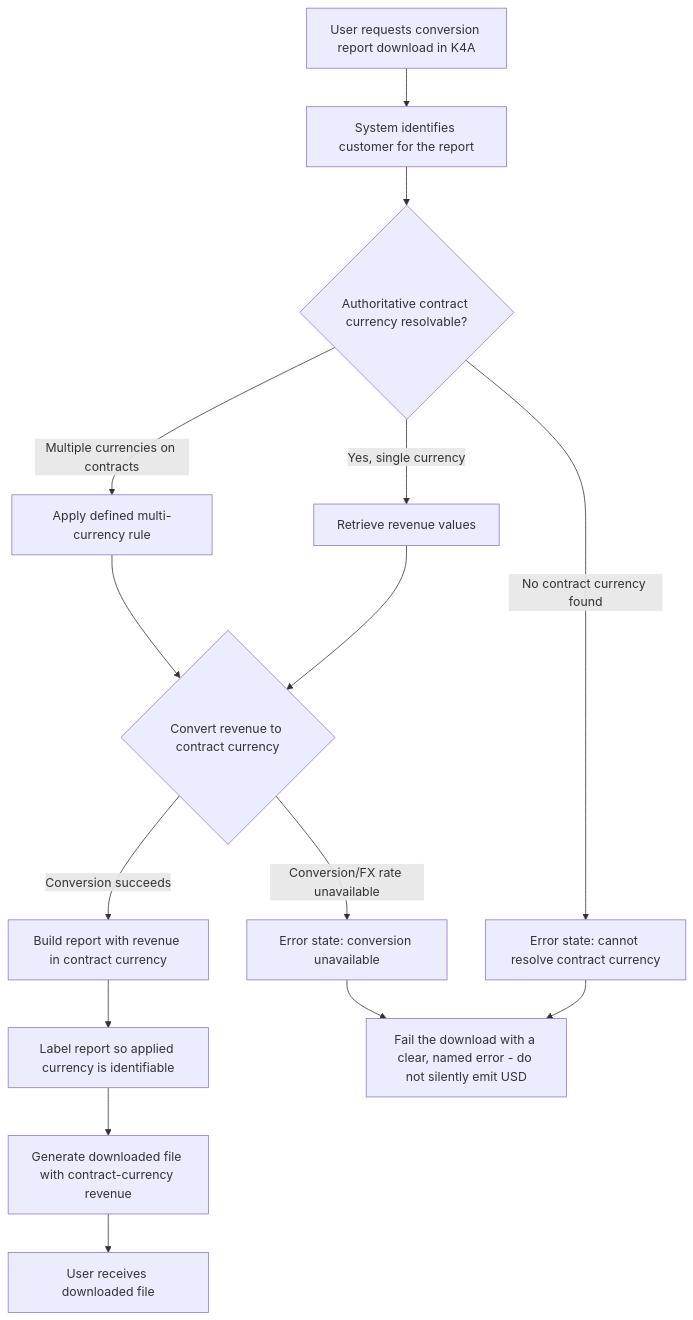
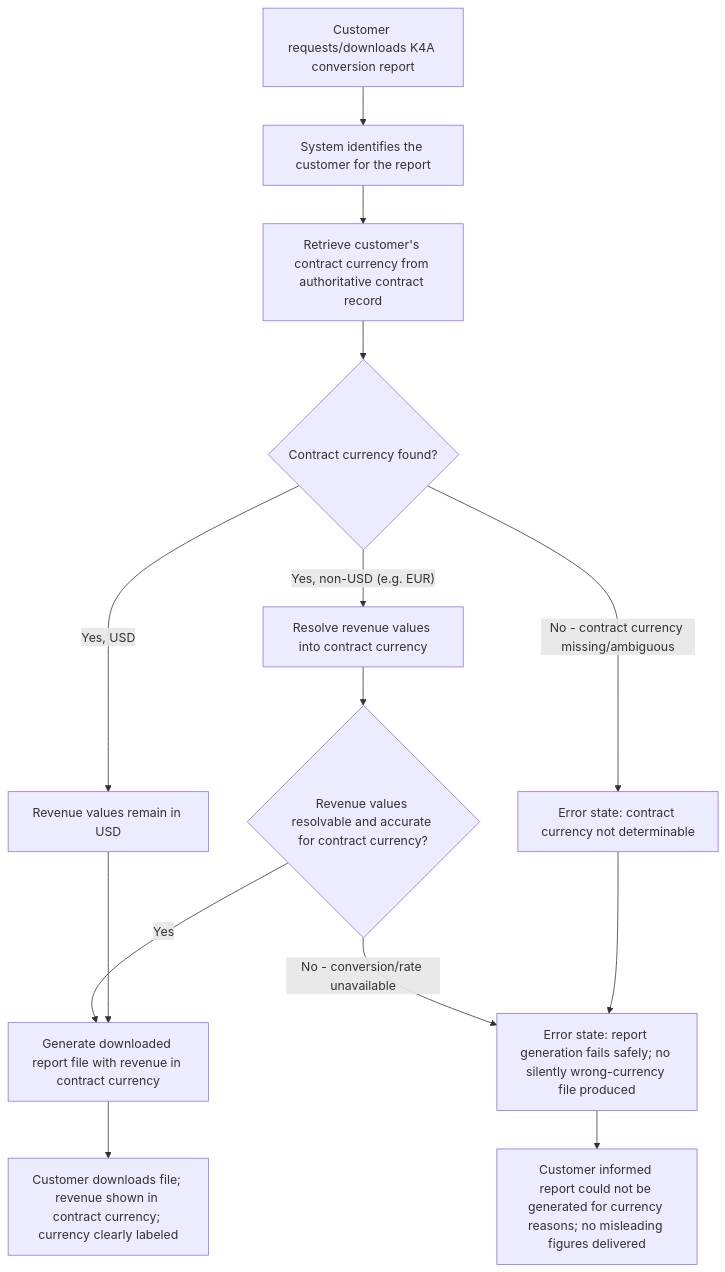
One commit to mayank-kochava/aisdlc-docs-sandbox changed the diagram in docs/16-PRDs/063-k4a-conversion-report-display-revenue-in-contract/product-spec.md. Above: the diagram before and after it, drawn with Mermaid. The commit also changed other lines of this file and 3 other files, not shown here.

````diff
--- a/docs/16-PRDs/063-k4a-conversion-report-display-revenue-in-contract/product-spec.md
+++ b/docs/16-PRDs/063-k4a-conversion-report-display-revenue-in-contract/product-spec.md
@@ -47,22 +41,21 @@
 ```mermaid
 flowchart TD
-    A[User requests conversion report download in K4A] --> B[System identifies customer for the report]
-    B --> C{Authoritative contract currency resolvable?}
+    A[Customer requests/downloads K4A conversion report] --> B[System identifies the customer for the report]
+    B --> C[Retrieve customer's contract currency from authoritative contract record]
+    C --> D{Contract currency found?}
 
-    C -->|Yes, single currency| D[Retrieve revenue values]
-    C -->|No contract currency found| E[Error state: cannot resolve contract currency]
-    C -->|Multiple currencies on contracts| F[Apply defined multi-currency rule]
+    D -- "Yes, non-USD (e.g. EUR)" --> E[Resolve revenue values into contract currency]
+    D -- "Yes, USD" --> F[Revenue values remain in USD]
 
-    D --> G{Convert revenue to contract currency}
-    F --> G
+    E --> G{Revenue values resolvable and accurate for contract currency?}
+    G -- Yes --> H[Generate downloaded report file with revenue in contract currency]
+    G -- "No - conversion/rate unavailable" --> I[Error state: report generation fails safely; no silently wrong-currency file produced]
 
-    G -->|Conversion succeeds| H[Build report with revenue in contract currency]
-    G -->|Conversion/FX rate unavailable| I[Error state: conversion unavailable]
+    F --> H
 
-    H --> J[Label report so applied currency is identifiable]
-    J --> K[Generate downloaded file with contract-currency revenue]
-    K --> L[User receives downloaded file]
+    D -- "No - contract currency missing/ambiguous" --> J[Error state: contract currency not determinable]
+    J --> I
 
-    E --> M[Fail the download with a clear, named error - do not silently emit USD]
-    I --> M
+    H --> K[Customer downloads file; revenue shown in contract currency; currency clearly labeled]
+    I --> L[Customer informed report could not be generated for currency reasons; no misleading figures delivered]
 ```
````
